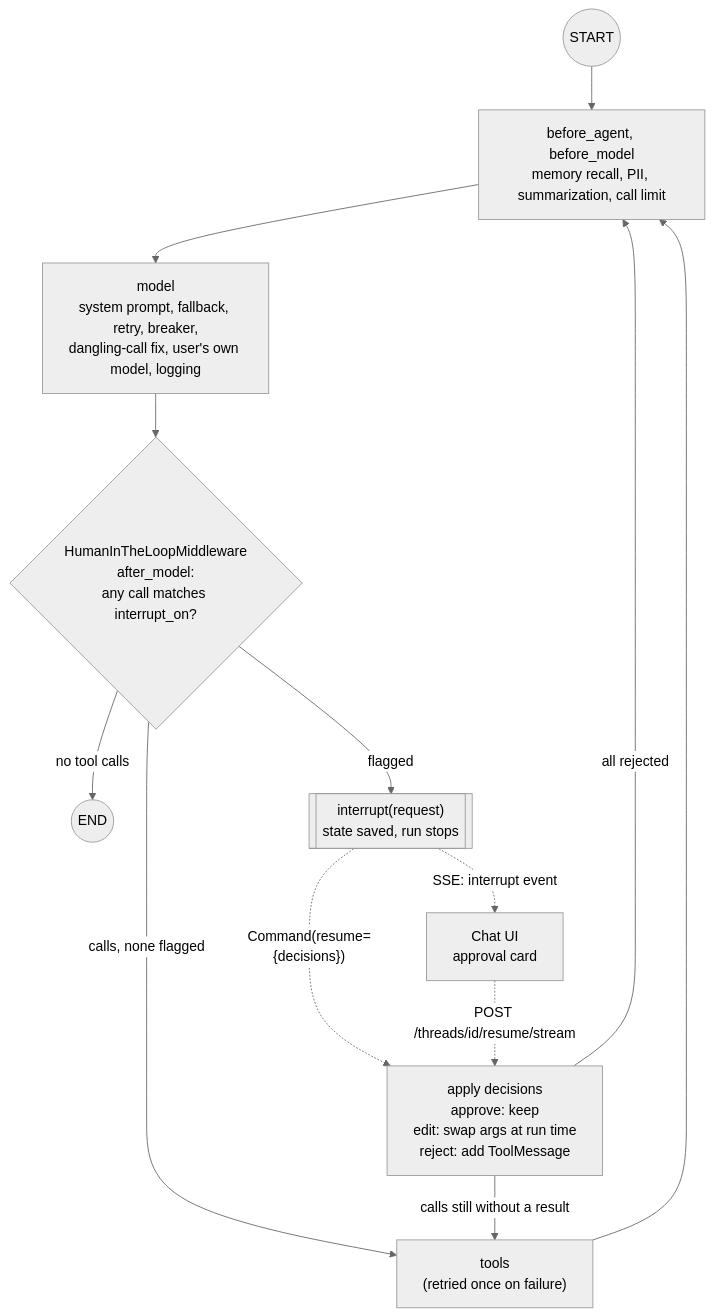
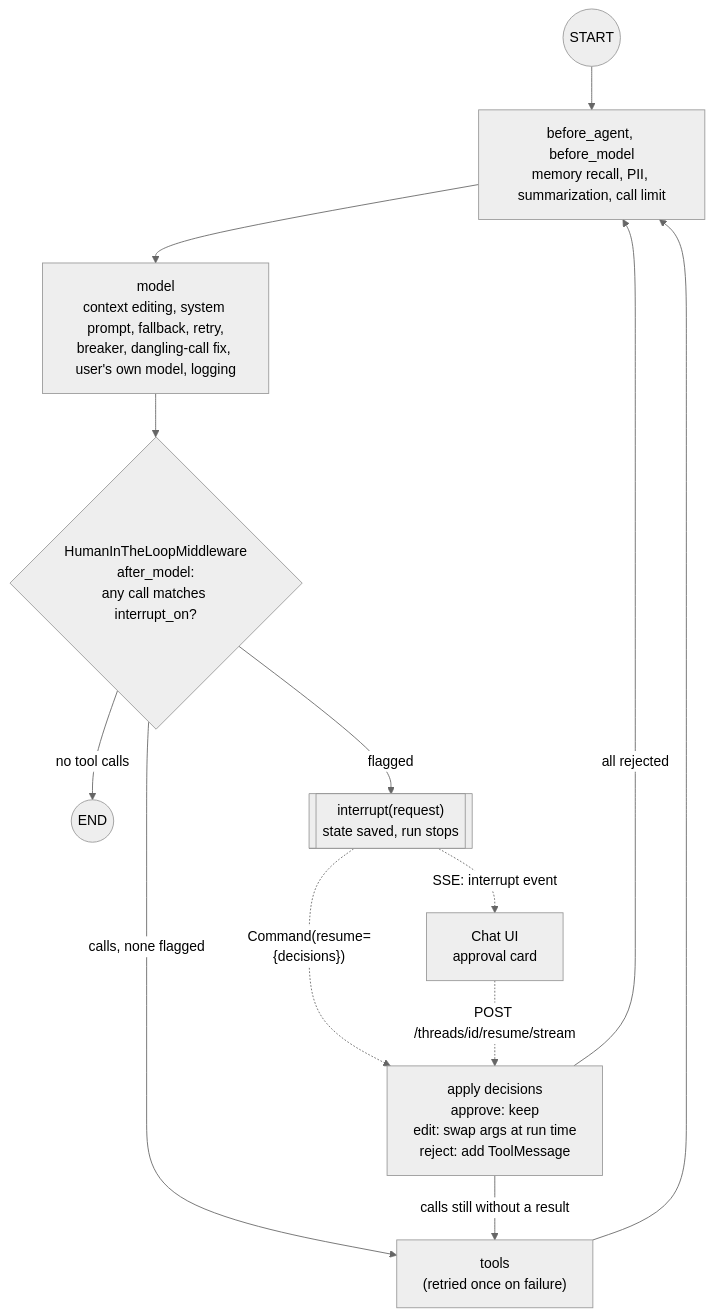
One commit to Anirudh1905/agentic-ai-chatbot changed the second of 4 diagrams in docs/phase-4-human-in-the-loop.md. Above: the diagram before and after it, drawn with Mermaid (neutral theme). The commit also changed other lines of this file and 72 other files, not shown here.

````diff
--- a/docs/phase-4-human-in-the-loop.md
+++ b/docs/phase-4-human-in-the-loop.md
@@ -82,16 +82,16 @@
 ```mermaid
 flowchart TB
     START((START)) --> Before["before_agent, before_model<br/>memory recall, PII, summarization, call limit"]
-    Before --> Model["model<br/>system prompt, fallback, retry, breaker,<br/>dangling-call fix, user's own model, logging"]
+    Before --> Model["model<br/>context editing, system prompt, fallback, retry,<br/>breaker, dangling-call fix, user's own model, logging"]
     Model --> HITL{"HumanInTheLoopMiddleware<br/>after_model:<br/>any call matches interrupt_on?"}
     HITL -->|no tool calls| END((END))
     HITL -->|"calls, none flagged"| Tools["tools<br/>(retried once on failure)"]
     HITL -->|flagged| Int[["interrupt(request)<br/>state saved, run stops"]]
     Int -.->|"Command(resume={decisions})"| Apply["apply decisions<br/>approve: keep<br/>edit: swap args at run time<br/>reject: add ToolMessage"]
     Apply -->|calls still without a result| Tools
     Apply -->|all rejected| Before
     Tools --> Before
 
     Int -.SSE: interrupt event.-> UI[Chat UI<br/>approval card]
     UI -.POST /threads/id/resume/stream.-> Apply
 ```
````
